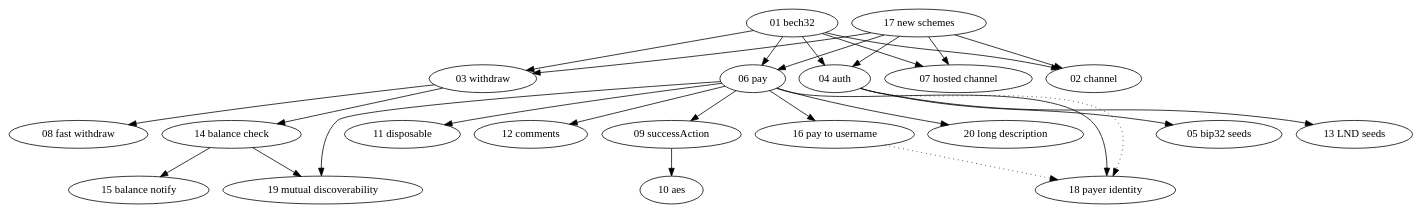
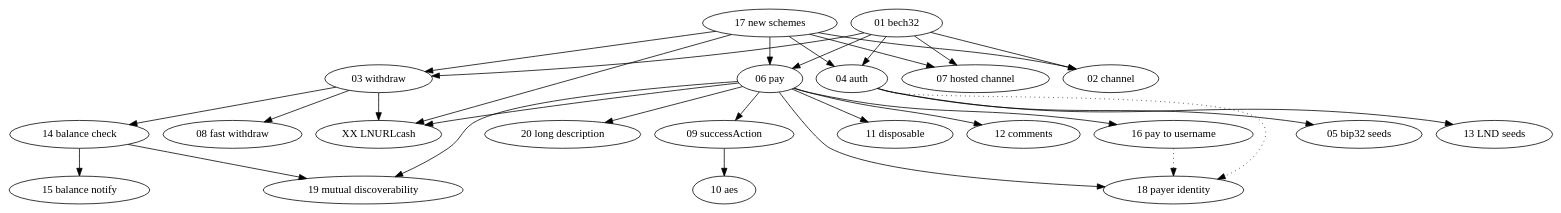
One commit to lnurl/luds changed the diagram in dependencies.dot. Above: the diagram before and after it, drawn with Graphviz. The commit also changed 2 other files, not shown here.

Commit message:
feat: add lud for lnurlcash
initial commit

add security considerations

new version

lud21

fix signature byte order

manual

remove pdf

```diff
--- a/dependencies.dot
+++ b/dependencies.dot
@@ -1,35 +1,37 @@
 digraph {
   01[label="01 bech32"]
   02[label="02 channel"]
   03[label="03 withdraw"]
   04[label="04 auth"]
   05[label="05 bip32 seeds"]
   06[label="06 pay"]
   07[label="07 hosted channel"]
   08[label="08 fast withdraw"]
   09[label="09 successAction"]
   10[label="10 aes"]
   11[label="11 disposable"]
   12[label="12 comments"]
   13[label="13 LND seeds"]
   14[label="14 balance check"]
   15[label="15 balance notify"]
   16[label="16 pay to username"]
   17[label="17 new schemes"]
   18[label="18 payer identity"]
   19[label="19 mutual discoverability"]
   20[label="20 long description"]
+  XX[label="XX LNURLcash"]
 
   { 01 17 } -> { 02 03 04 06 07 } // base protocols depend on URL format
   04 -> { 05 13 } // lnurl-auth seed generation methods
   03 -> 08 // fast withdraw
   03 -> 14 -> 15 // balanceCheck/balanceNotify
   06 -> 11 // disposable lnurl-pay
   06 -> 20 // long description
   06 -> 09 -> 10 // lnurl-pay successAction
   06 -> 12 // lnurl-pay comments
   06 -> 18 // lnurl-pay payer ids
   { 04 16 } -> 18 [style="dotted"] // loose relationship of payer id with lnurl-auth and lightning address
   06 -> 16 // paying to user@domain.com
   { 06 14 } -> 19 // mutually discoverable pay and withdraw links
+  { 03 06 17 } -> XX // LNURLcash bearer notes built on withdraw/pay/raw-url
 }
```
